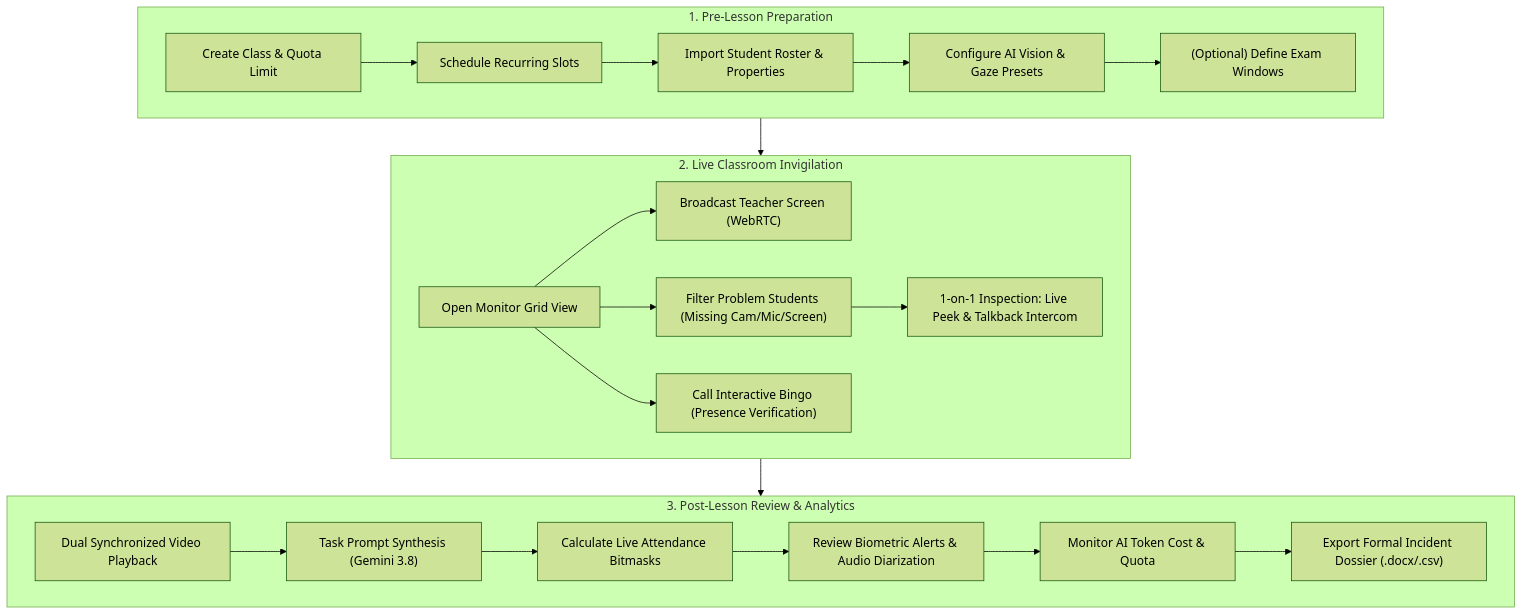
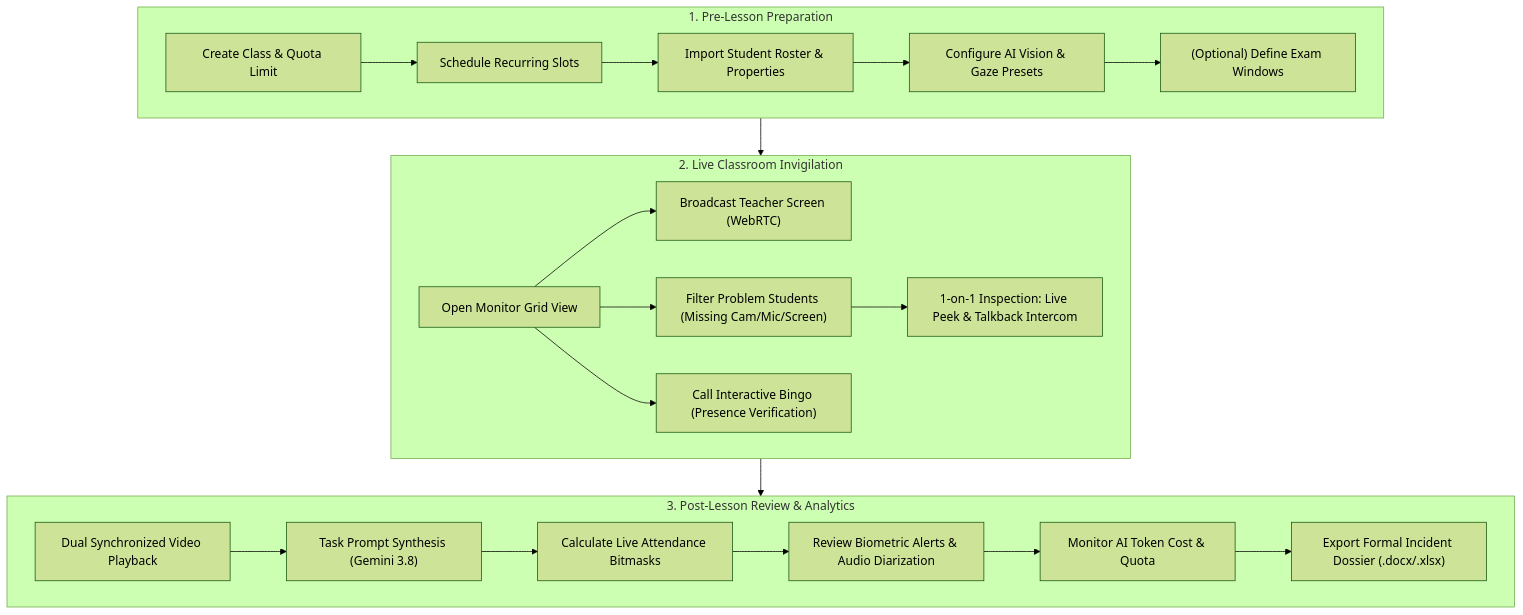
Before and after one commit to wongcyrus/Google-AI-Classroom: the first of 6 diagrams in docs/user-manual-teacher.md, drawn with Mermaid (forest theme). The commit also changed other lines of this file and 5 other files, not shown here.

Commit message:
docs: update user manuals, architecture, and feature catalog for Excel migration and universal student profile enrichment

````diff
--- a/docs/user-manual-teacher.md
+++ b/docs/user-manual-teacher.md
@@ -49,27 +49,27 @@
 ```mermaid
 flowchart TD
     subgraph PreLesson ["1. Pre-Lesson Preparation"]
         C1["Create Class & Quota Limit"] --> C2["Schedule Recurring Slots"]
         C2 --> C3["Import Student Roster & Properties"]
         C3 --> C4["Configure AI Vision & Gaze Presets"]
         C4 --> C5["(Optional) Define Exam Windows"]
     end
 
     subgraph ActiveLesson ["2. Live Classroom Invigilation"]
         L1["Open Monitor Grid View"] --> L2["Broadcast Teacher Screen (WebRTC)"]
         L1 --> L3["Filter Problem Students (Missing Cam/Mic/Screen)"]
         L3 --> L4["1-on-1 Inspection: Live Peek & Talkback Intercom"]
         L1 --> L5["Call Interactive Bingo (Presence Verification)"]
     end
 
     subgraph PostLesson ["3. Post-Lesson Review & Analytics"]
         P1["Dual Synchronized Video Playback"] --> P2["Task Prompt Synthesis (Gemini 3.8)"]
         P2 --> P3["Calculate Live Attendance Bitmasks"]
         P3 --> P4["Review Biometric Alerts & Audio Diarization"]
         P4 --> P5["Monitor AI Token Cost & Quota"]
-        P5 --> P6["Export Formal Incident Dossier (.docx/.csv)"]
+        P5 --> P6["Export Formal Incident Dossier (.docx/.xlsx)"]
     end
 
     PreLesson --> ActiveLesson
     ActiveLesson --> PostLesson
 ```
````
